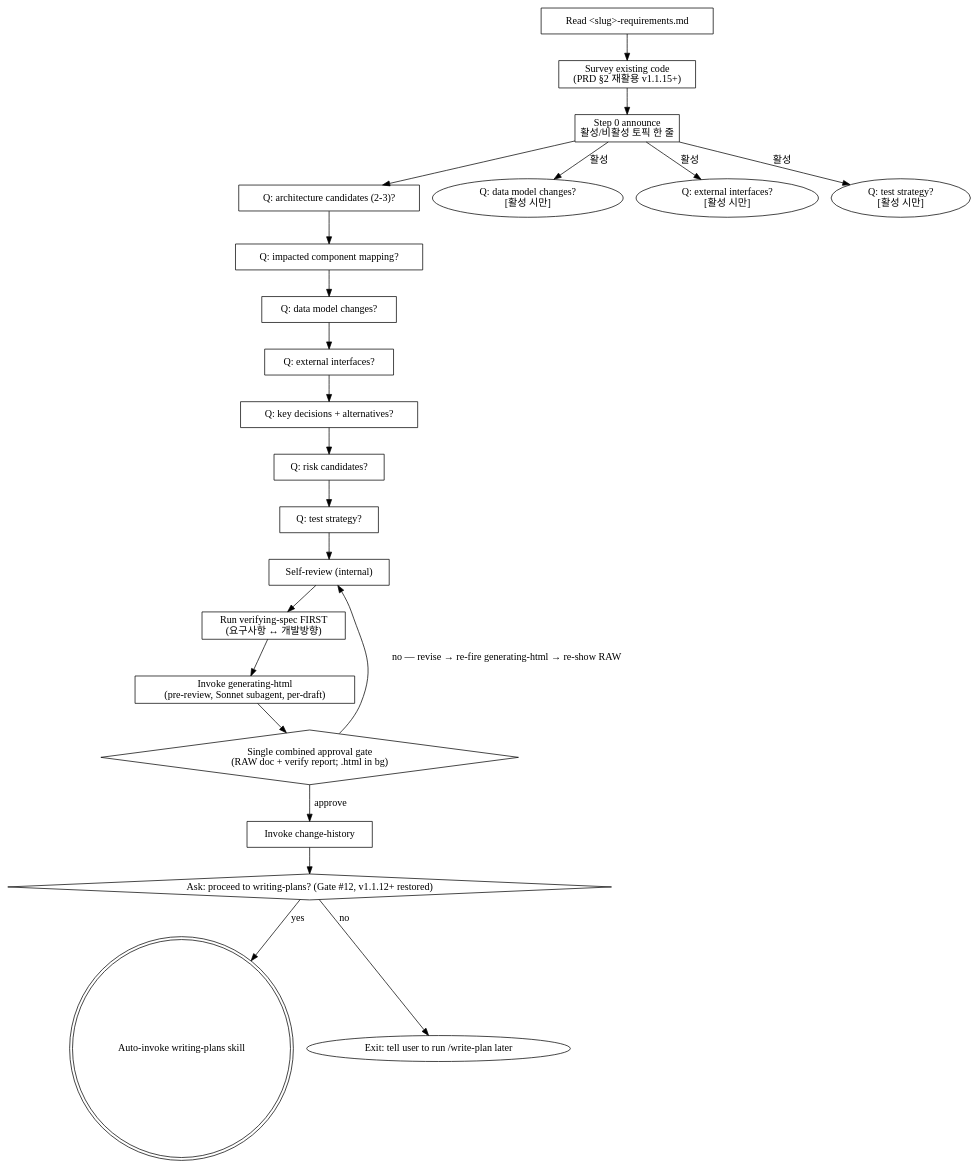
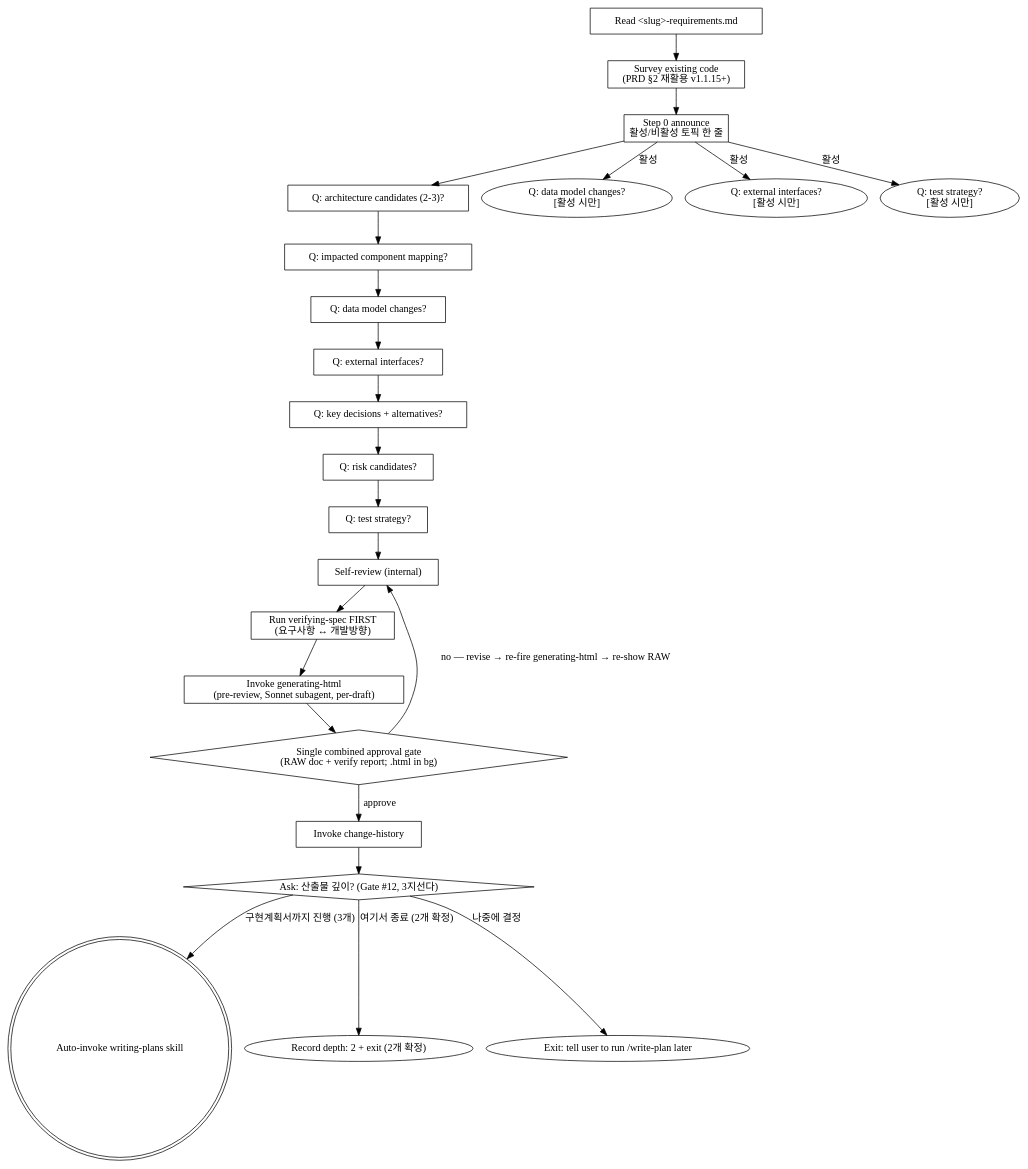
The diagram in skills/tech-design/SKILL.md (LonerStayle/js-super), drawn with Graphviz before and after one commit. The commit also changed other lines of this file, not shown here.

Commit message:
task 2: skills/tech-design/SKILL.md — Gate #12 3지선다 확장

````diff
--- a/skills/tech-design/SKILL.md
+++ b/skills/tech-design/SKILL.md
@@ -106,44 +106,46 @@
 ```dot
 digraph design_flow {
     "Read <slug>-requirements.md" [shape=box];
     "Survey existing code\n(PRD §2 재활용 v1.1.15+)" [shape=box];
     "Step 0 announce\n활성/비활성 토픽 한 줄" [shape=box];
     "Q: architecture candidates (2-3)?" [shape=box];
     "Q: impacted component mapping?" [shape=box];
     "Q: data model changes?" [shape=box];
     "Q: external interfaces?" [shape=box];
     "Q: key decisions + alternatives?" [shape=box];
     "Q: risk candidates?" [shape=box];
     "Q: test strategy?" [shape=box];
     "Self-review (internal)" [shape=box];
     "Run verifying-spec FIRST\n(요구사항 ↔ 개발방향)" [shape=box];
     "Invoke generating-html\n(pre-review, Sonnet subagent, per-draft)" [shape=box];
     "Single combined approval gate\n(RAW doc + verify report; .html in bg)" [shape=diamond];
     "Invoke change-history" [shape=box];
-    "Ask: proceed to writing-plans? (Gate #12, v1.1.12+ restored)" [shape=diamond];
+    "Ask: 산출물 깊이? (Gate #12, 3지선다)" [shape=diamond];
     "Auto-invoke writing-plans skill" [shape=doublecircle];
+    "Record depth: 2 + exit (2개 확정)" [shape=oval];
     "Exit: tell user to run /write-plan later" [shape=oval];
 
     "Read <slug>-requirements.md" -> "Survey existing code\n(PRD §2 재활용 v1.1.15+)";
     "Survey existing code\n(PRD §2 재활용 v1.1.15+)" -> "Step 0 announce\n활성/비활성 토픽 한 줄";
     "Step 0 announce\n활성/비활성 토픽 한 줄" -> "Q: architecture candidates (2-3)?";
     "Step 0 announce\n활성/비활성 토픽 한 줄" -> "Q: data model changes?\n[활성 시만]" [label="활성"];
     "Step 0 announce\n활성/비활성 토픽 한 줄" -> "Q: external interfaces?\n[활성 시만]" [label="활성"];
     "Step 0 announce\n활성/비활성 토픽 한 줄" -> "Q: test strategy?\n[활성 시만]" [label="활성"];
     "Q: architecture candidates (2-3)?" -> "Q: impacted component mapping?";
     "Q: impacted component mapping?" -> "Q: data model changes?";
     "Q: data model changes?" -> "Q: external interfaces?";
     "Q: external interfaces?" -> "Q: key decisions + alternatives?";
     "Q: key decisions + alternatives?" -> "Q: risk candidates?";
     "Q: risk candidates?" -> "Q: test strategy?";
     "Q: test strategy?" -> "Self-review (internal)";
     "Self-review (internal)" -> "Run verifying-spec FIRST\n(요구사항 ↔ 개발방향)";
     "Run verifying-spec FIRST\n(요구사항 ↔ 개발방향)" -> "Invoke generating-html\n(pre-review, Sonnet subagent, per-draft)";
     "Invoke generating-html\n(pre-review, Sonnet subagent, per-draft)" -> "Single combined approval gate\n(RAW doc + verify report; .html in bg)";
     "Single combined approval gate\n(RAW doc + verify report; .html in bg)" -> "Self-review (internal)" [label="no — revise → re-fire generating-html → re-show RAW"];
     "Single combined approval gate\n(RAW doc + verify report; .html in bg)" -> "Invoke change-history" [label="approve"];
-    "Invoke change-history" -> "Ask: proceed to writing-plans? (Gate #12, v1.1.12+ restored)";
-    "Ask: proceed to writing-plans? (Gate #12, v1.1.12+ restored)" -> "Auto-invoke writing-plans skill" [label="yes"];
-    "Ask: proceed to writing-plans? (Gate #12, v1.1.12+ restored)" -> "Exit: tell user to run /write-plan later" [label="no"];
+    "Invoke change-history" -> "Ask: 산출물 깊이? (Gate #12, 3지선다)";
+    "Ask: 산출물 깊이? (Gate #12, 3지선다)" -> "Auto-invoke writing-plans skill" [label="구현계획서까지 진행 (3개)"];
+    "Ask: 산출물 깊이? (Gate #12, 3지선다)" -> "Record depth: 2 + exit (2개 확정)" [label="여기서 종료 (2개 확정)"];
+    "Ask: 산출물 깊이? (Gate #12, 3지선다)" -> "Exit: tell user to run /write-plan later" [label="나중에 결정"];
 }
 ```
````
